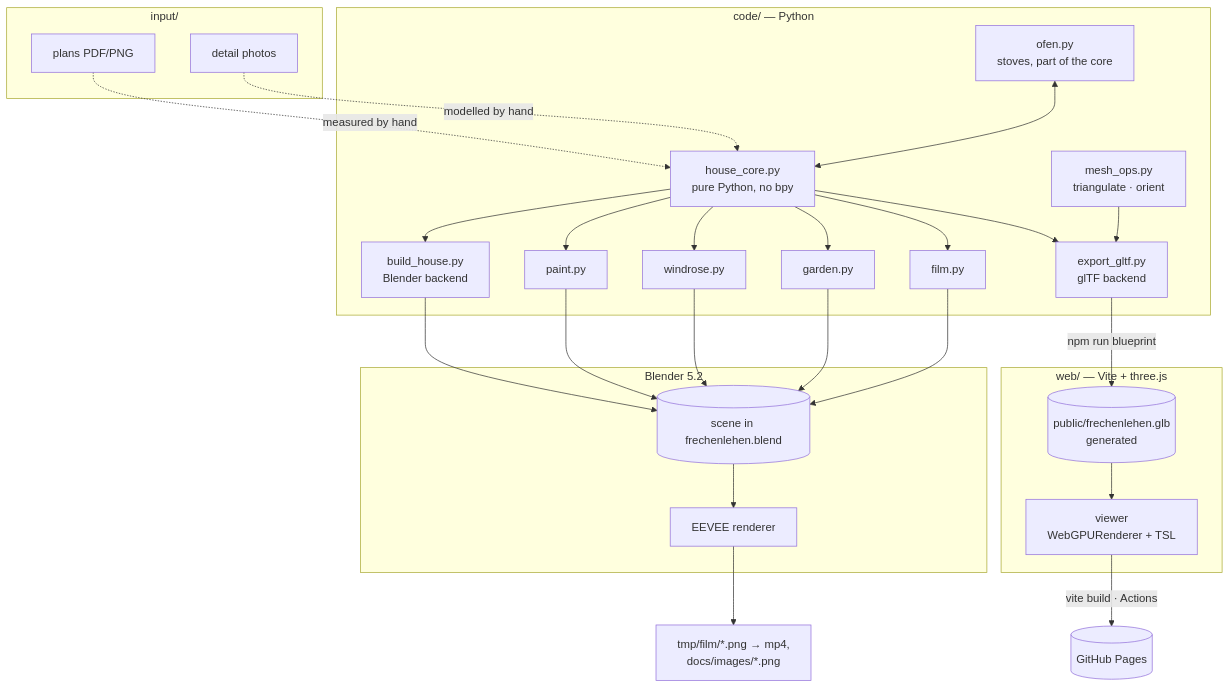
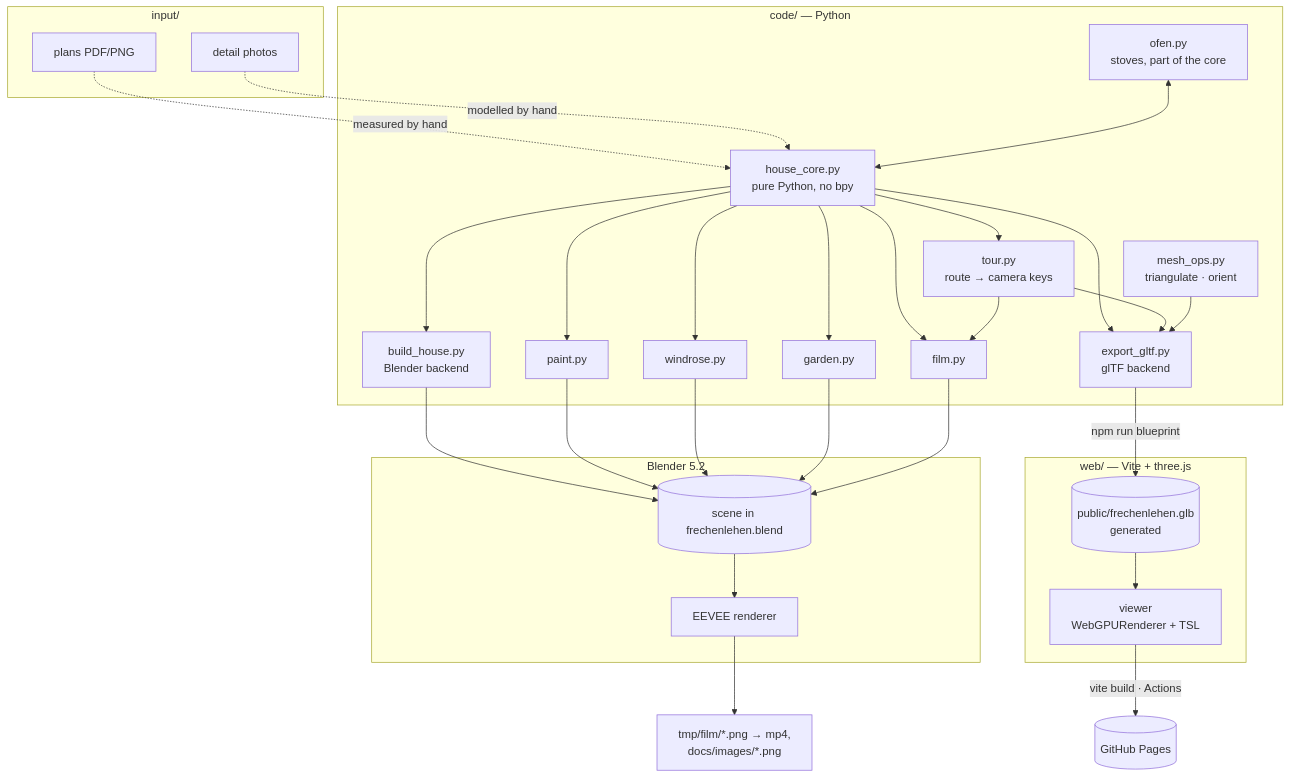
The first of 3 diagrams in specs/system/architecture.md (tillg/frechen_blender), drawn with Mermaid before and after one commit. The commit also changed other lines of this file and 17 other files, not shown here.

Commit message:
Viewer Rundgang in the system docs; OG route peeks into Bichlach, camera 1.60 m; Stube sofa and seating corner, Briol table, Waschküche, OG Flur sink; one dev server on 5377

````diff
--- a/specs/system/architecture.md
+++ b/specs/system/architecture.md
@@ -23,36 +23,38 @@
 ```mermaid
 flowchart TB
     subgraph inp["input/"]
         PDF["plans PDF/PNG"]
         PH["detail photos"]
     end
     subgraph py["code/ — Python"]
         CORE["house_core.py<br/>pure Python, no bpy"]
         OF["ofen.py<br/>stoves, part of the core"]
         MO["mesh_ops.py<br/>triangulate · orient"]
         BH["build_house.py<br/>Blender backend"]
         EX["export_gltf.py<br/>glTF backend"]
         PA["paint.py"]
         WR["windrose.py"]
         GA["garden.py"]
         FI["film.py"]
+        TO["tour.py<br/>route → camera keys"]
     end
     subgraph blender["Blender 5.2"]
         SC[("scene in frechenlehen.blend")]
         EV["EEVEE renderer"]
     end
     subgraph web["web/ — Vite + three.js"]
         GLB[("public/frechenlehen.glb<br/>generated")]
         APP["viewer<br/>WebGPURenderer + TSL"]
     end
     PDF -. measured by hand .-> CORE
     PH -. modelled by hand .-> CORE
     OF <--> CORE
     CORE --> BH & EX
     CORE --> PA & WR & GA & FI
+    CORE --> TO --> FI & EX
     MO --> EX
     BH & PA & WR & GA & FI --> SC
     SC --> EV --> OUT["tmp/film/*.png → mp4,<br/>docs/images/*.png"]
     EX -->|npm run blueprint| GLB --> APP
     APP -->|vite build · Actions| PAGES[("GitHub Pages")]
 ```
````
